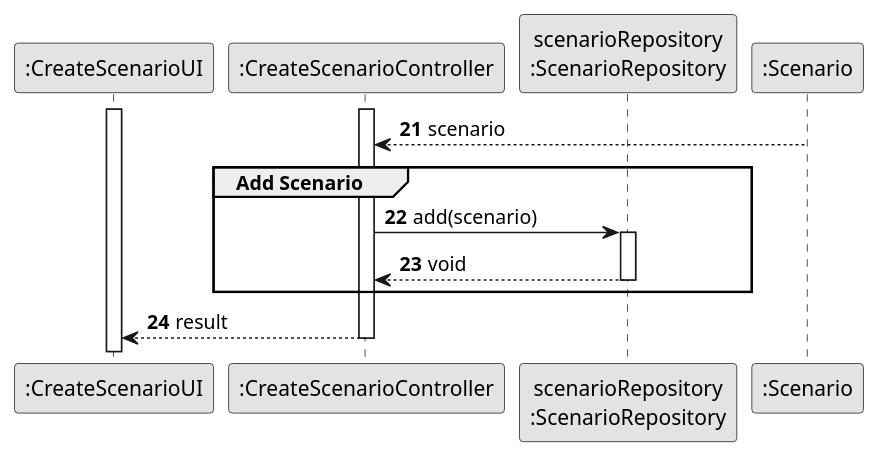
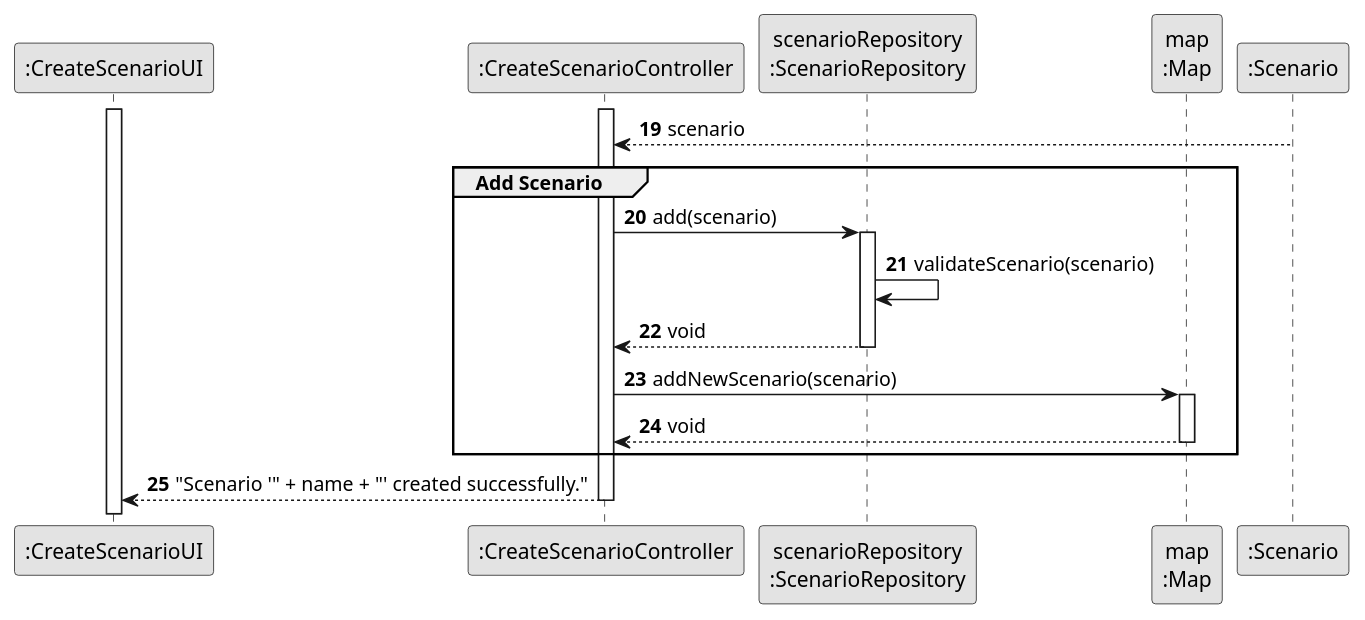
The diagram in docs/sprint2/us004/03.design/puml/us004-sd-partial-add-scenario.puml (ivasduarte/all-aboard), drawn with PlantUML before and after one commit. The commit also changed 14 other files, not shown here.

```diff
--- a/docs/sprint2/us004/03.design/puml/us004-sd-partial-add-scenario.puml
+++ b/docs/sprint2/us004/03.design/puml/us004-sd-partial-add-scenario.puml
@@ -1,28 +1,36 @@
 @startuml
 skinparam monochrome true
 skinparam packageStyle rectangle
 skinparam shadowing false
 
 participant ":CreateScenarioUI" as UI
 participant ":CreateScenarioController" as CTRL
 participant "scenarioRepository\n:ScenarioRepository" as Repo
+participant "map\n:Map" as Map
 participant ":Scenario" as Scenario
+
+autonumber 19
 
 activate UI
 activate CTRL
 
-autonumber 21
 Scenario --> CTRL : scenario
 deactivate Scenario
 
 group Add Scenario
     CTRL -> Repo : add(scenario)
     activate Repo
+    Repo -> Repo : validateScenario(scenario)
     Repo --> CTRL : void
     deactivate Repo
+
+    CTRL -> Map : addNewScenario(scenario)
+    activate Map
+    Map --> CTRL : void
+    deactivate Map
 end
 
-CTRL --> UI : result
+CTRL --> UI : "Scenario '" + name + "' created successfully."
 deactivate CTRL
 
 @enduml
```
